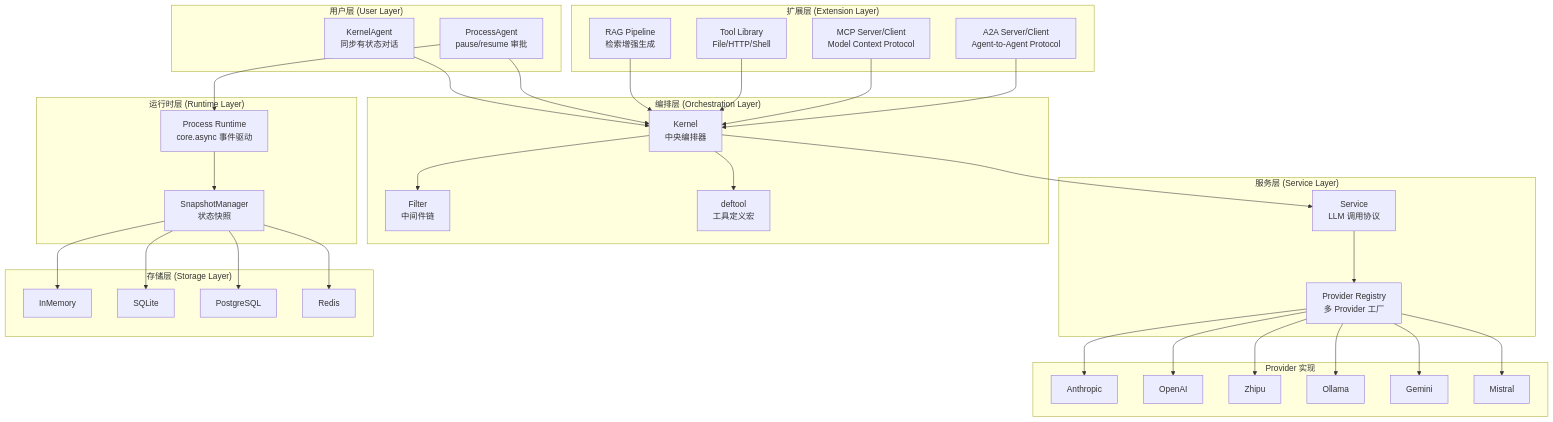
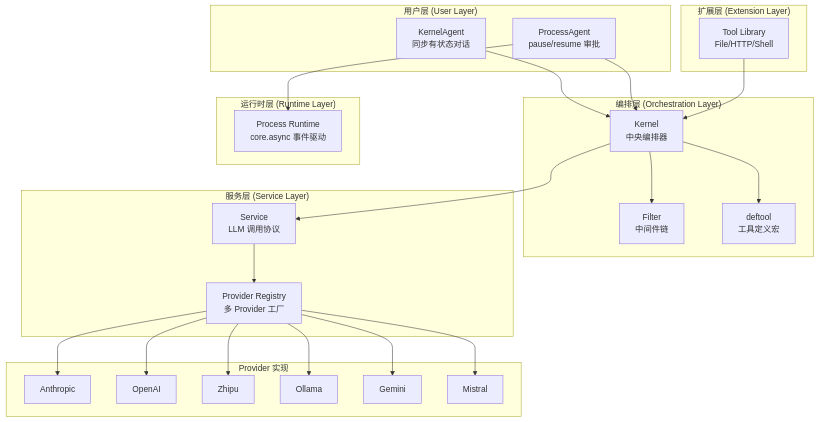
One commit to TTalkPro/clj-agent changed the first of 2 diagrams in README.md. Above: the diagram before and after it, drawn with Mermaid. The commit also changed other lines of this file and 2 other files, not shown here.

First line of the commit message:
更新文档：移除 a2a/mcp/memory/rag 相关章节

````diff
--- a/README.md
+++ b/README.md
@@ -54,61 +43,45 @@
 ```mermaid
 graph TB
     subgraph "用户层 (User Layer)"
         KA[KernelAgent<br/>同步有状态对话]
         PA[ProcessAgent<br/>pause/resume 审批]
     end
 
     subgraph "编排层 (Orchestration Layer)"
         K[Kernel<br/>中央编排器]
         F[Filter<br/>中间件链]
         T[deftool<br/>工具定义宏]
     end
 
     subgraph "服务层 (Service Layer)"
         S[Service<br/>LLM 调用协议]
         PR[Provider Registry<br/>多 Provider 工厂]
     end
 
     subgraph "Provider 实现"
         AN[Anthropic]
         OA[OpenAI]
         ZP[Zhipu]
         OL[Ollama]
         GM[Gemini]
         MS[Mistral]
     end
 
     subgraph "运行时层 (Runtime Layer)"
         RT[Process Runtime<br/>core.async 事件驱动]
-        SM[SnapshotManager<br/>状态快照]
-    end
-
-    subgraph "存储层 (Storage Layer)"
-        MEM[InMemory]
-        SQL[SQLite]
-        PG[PostgreSQL]
-        RD[Redis]
     end
 
     subgraph "扩展层 (Extension Layer)"
-        RAG[RAG Pipeline<br/>检索增强生成]
-        MCP[MCP Server/Client<br/>Model Context Protocol]
-        A2A[A2A Server/Client<br/>Agent-to-Agent Protocol]
         PLG[Tool Library<br/>File/HTTP/Shell]
     end
 
     KA --> K
     PA --> K
     PA --> RT
     K --> T
     K --> F
     K --> S
     S --> PR
     PR --> AN & OA & ZP & OL & GM & MS
-    RT --> SM
-    SM --> MEM & SQL & PG & RD
-    RAG --> K
     PLG --> K
-    MCP --> K
-    A2A --> K
 ```
````
